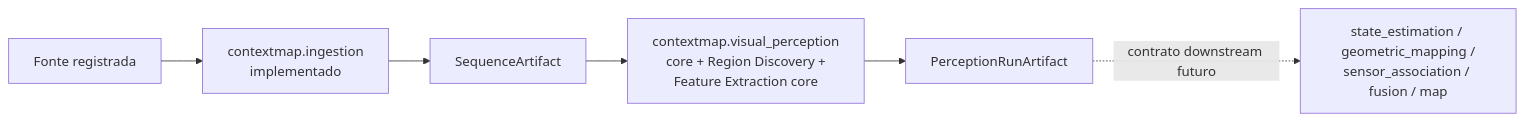
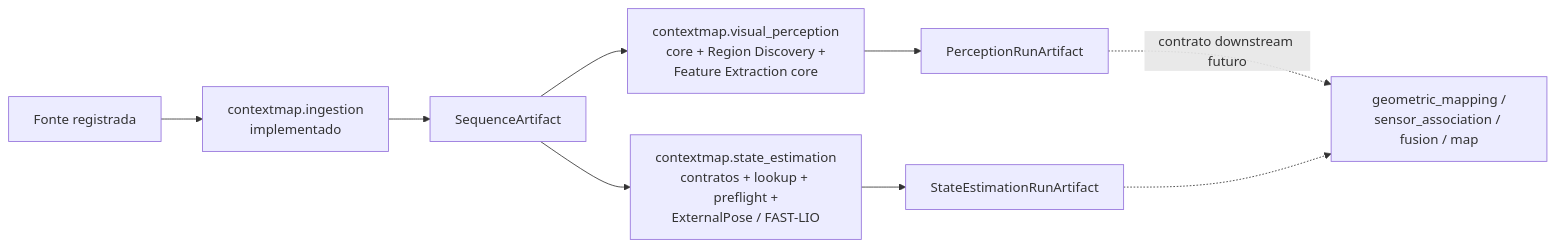
Before and after one commit to Alexandre-Tortoza/contextmap2: the third of 7 diagrams in docs/architecture.md, drawn with Mermaid. The commit also changed other lines of this file and 5 other files, not shown here.

````diff
--- a/docs/architecture.md
+++ b/docs/architecture.md
@@ -116,8 +116,11 @@
 ```mermaid
 flowchart LR
     SRC["Fonte registrada"] --> ING["contextmap.ingestion<br/>implementado"]
     ING --> SA["SequenceArtifact"]
     SA --> VP["contextmap.visual_perception<br/>core + Region Discovery +<br/>Feature Extraction core"]
     VP --> PRA["PerceptionRunArtifact"]
-    PRA -. contrato downstream futuro .-> NEXT["state_estimation / geometric_mapping /<br/>sensor_association / fusion / map"]
+    SA --> ST["contextmap.state_estimation<br/>contratos + lookup + preflight +<br/>ExternalPose / FAST-LIO"]
+    ST --> TRA["StateEstimationRunArtifact"]
+    PRA -. contrato downstream futuro .-> NEXT["geometric_mapping /<br/>sensor_association / fusion / map"]
+    TRA -.-> NEXT
 ```
````
